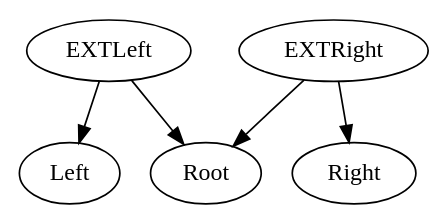
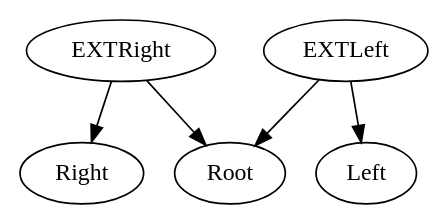
Before and after one commit to UhLzy/pifo-compiler: the diagram in HPFQEnqueues.dot, drawn with Graphviz. The commit also changed other lines of this file and 21 other files, not shown here.

```diff
--- a/HPFQEnqueues.dot
+++ b/HPFQEnqueues.dot
@@ -1,11 +1,11 @@
 digraph {
+	Right
 	Root
-	Right
 	Left
 	EXTLeft
 	EXTRight
 		EXTLeft -> Left
 		EXTLeft -> Root
 		EXTRight -> Right
 		EXTRight -> Root
 }
```
